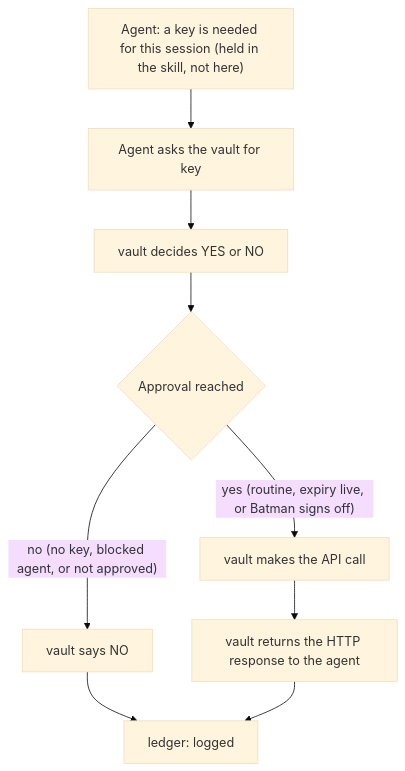
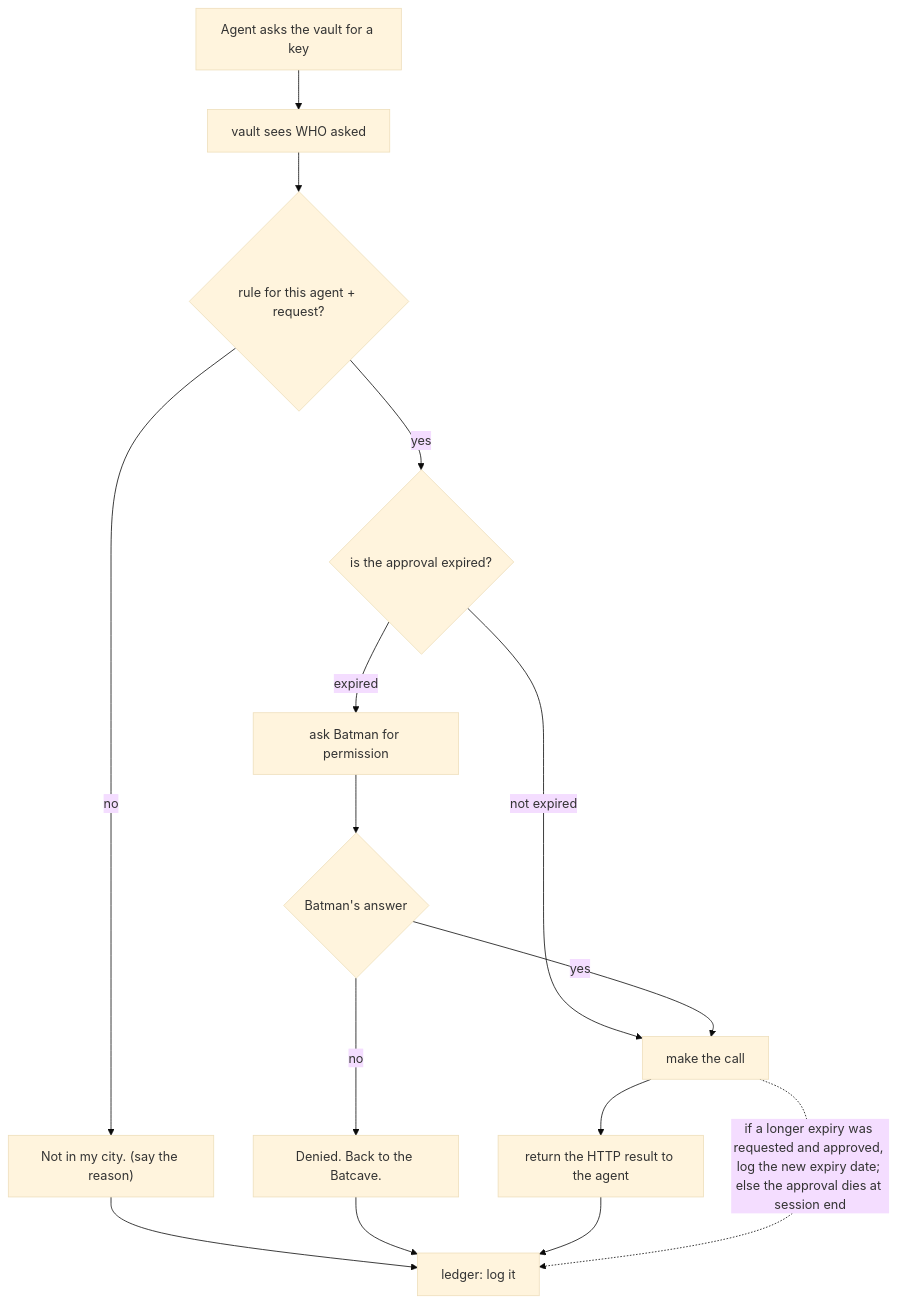
One commit to GuyTheBlue/private-api-vault changed the diagram in FLOW.md. Above: the diagram before and after it, drawn with Mermaid (base theme). The commit also changed other lines of this file, not shown here.

Commit message:
FLOW.md: final decision logic (rule -> expiry -> Batman), Batman refusal quips

````diff
--- a/FLOW.md
+++ b/FLOW.md
@@ -8,13 +7,18 @@
 ```mermaid
 flowchart TD
-    A["Agent: a key is needed for this session (held in the skill, not here)"]
-    A --> B["Agent asks the vault for key"]
-
-    B --> C["vault decides YES or NO"]
-    C --> D{"Approval reached"}
-    D -- "no (no key, blocked agent, or not approved)" --> E["vault says NO"]
-    D -- "yes (routine, expiry live, or Batman signs off)" --> F["vault makes the API call"]
-    F --> G["vault returns the HTTP response to the agent"]
-    E --> H["ledger: logged"]
-    G --> H["ledger: logged"]
+    A["Agent asks the vault for a key"]
+    A --> S["vault sees WHO asked"]
+    S --> R{"rule for this agent + request?"}
+    R -- "no" --> FO["Not in my city. (say the reason)"]
+    R -- "yes" --> E{"is the approval expired?"}
+    E -- "not expired" --> MC["make the call"]
+    E -- "expired" --> ASK["ask Batman for permission"]
+    ASK --> B{"Batman's answer"}
+    B -- "no" --> FO2["Denied. Back to the Batcave."]
+    B -- "yes" --> MC
+    MC --> RES["return the HTTP result to the agent"]
+    FO --> L["ledger: log it"]
+    FO2 --> L
+    RES --> L
+    MC -. "if a longer expiry was requested and approved, log the new expiry date; else the approval dies at session end" .-> L
 ```
````
